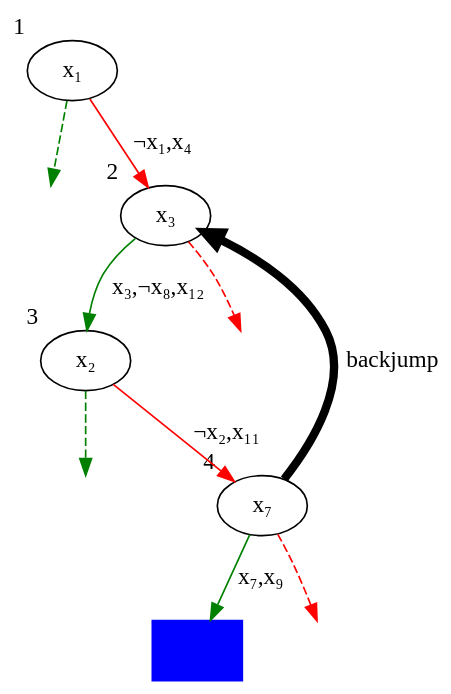
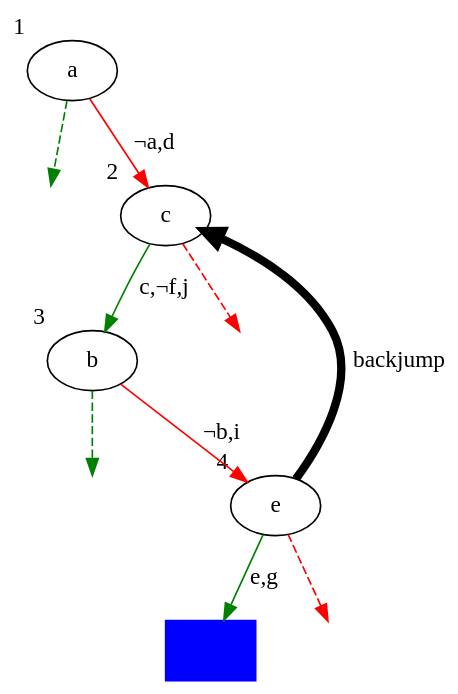
Before and after one commit to vaibhavsagar/presentations: the diagram in sat-solvers/images/tree2.dot, drawn with Graphviz. The commit also changed 21 other files, not shown here.

```diff
--- a/sat-solvers/images/tree2.dot
+++ b/sat-solvers/images/tree2.dot
@@ -1,25 +1,25 @@
 digraph {
-    x₁t [style="invisible"]
-    x₃f [style="invisible",width=1]
-    x₂t [style="invisible"]
-    x₁  [xlabel="1"]
-    x₃  [xlabel="2"]
-    x₂  [xlabel="3"]
-    x₇  [xlabel="4"]
-    c   [shape="box",label="",color="blue",style="filled"]
-    x₇f [label="label",style="invisible"]
-    x₁ -> x₁t [color="green",style="dashed"]
-    x₁ -> x₃  [color="red",label="¬x₁,x₄"]
-    x₃ -> x₂  [color="green",label="x₃,¬x₈,x₁₂",weight=2]
-    x₃ -> x₃f [color="red",style="dashed"]
-    x₃ -> x₇  [dir="back",penwidth="5",label="backjump"]
-    x₂ -> x₃f [style="invisible",arrowhead=none]
-    x₂ -> x₇  [color="red",label="¬x₂,x₁₁"]
-    x₂ -> x₂t [color="green",style="dashed"]
-    x₇ -> c   [color="green",label="x₇,x₉"]
-    x₇ -> x₇f [color="red",style="dashed"]
-    {rank=same; x₃f x₂}
+    at [style="invisible"]
+    cf [style="invisible",width=1]
+    bt [style="invisible"]
+    a  [xlabel="1"]
+    c  [xlabel="2"]
+    b  [xlabel="3"]
+    e  [xlabel="4"]
+    x   [shape="box",label="",color="blue",style="filled"]
+    ef [label="label",style="invisible"]
+    a -> at [color="green",style="dashed"]
+    a -> c  [color="red",label="¬a,d"]
+    c -> b  [color="green",label="c,¬f,j",weight=2]
+    c -> cf [color="red",style="dashed"]
+    c -> e  [dir="back",penwidth="5",label="backjump"]
+    b -> cf [style="invisible",arrowhead=none]
+    b -> e  [color="red",label="¬b,i"]
+    b -> bt [color="green",style="dashed"]
+    e -> x   [color="green",label="e,g"]
+    e -> ef [color="red",style="dashed"]
+    {rank=same; cf b}
     overlap=false
     splines=true
     bgcolor=transparent
 }
```
